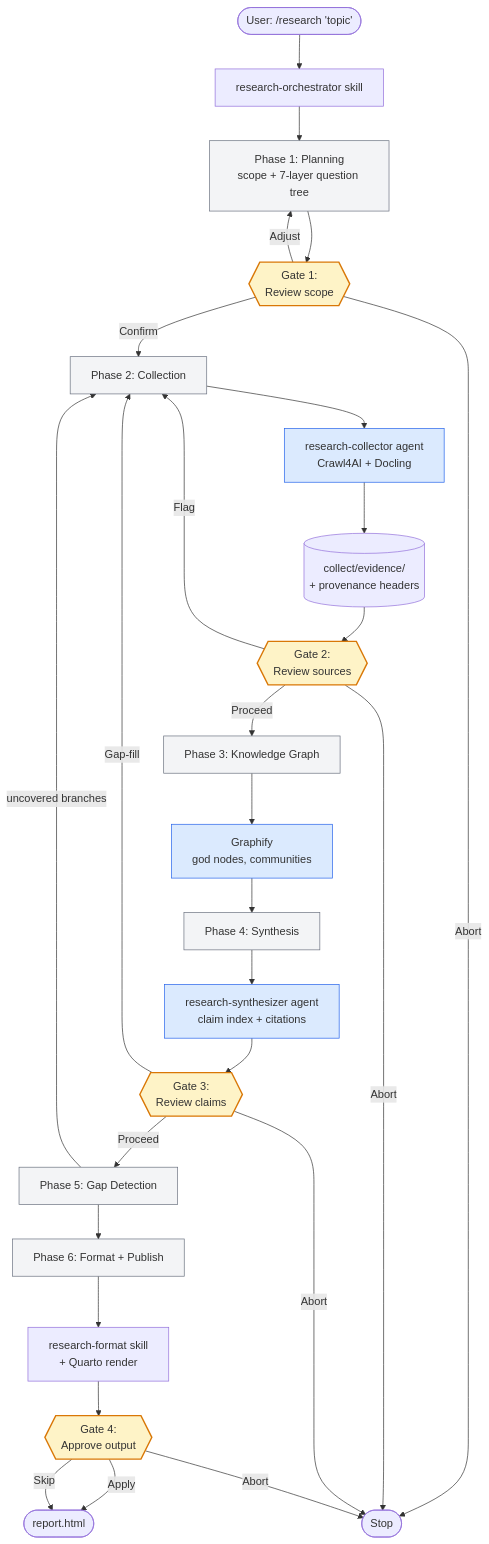
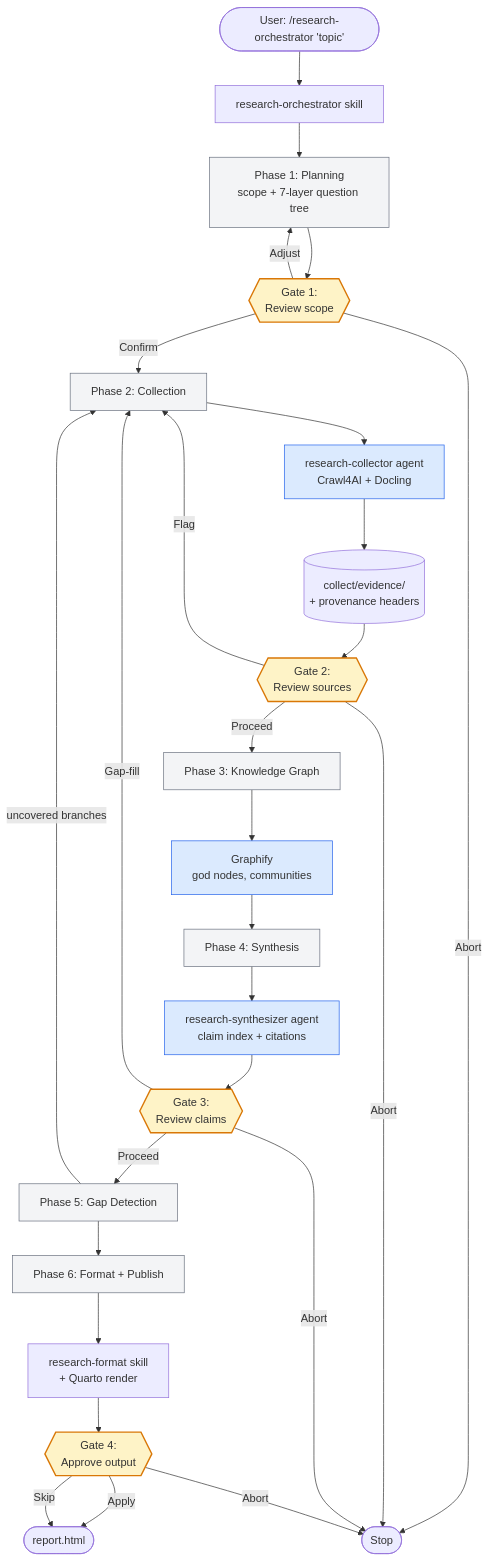
One commit to TorpedoD/claude-researcher changed the diagram in README.md. Above: the diagram before and after it, drawn with Mermaid. The commit also changed other lines of this file and 33 other files, not shown here.

````diff
--- a/README.md
+++ b/README.md
@@ -38,42 +101,42 @@
 ```mermaid
 flowchart TD
-    User([User: /research 'topic']) --> Orch[research-orchestrator skill]
+    User([User: /research-orchestrator 'topic']) --> Orch[research-orchestrator skill]
 
     Orch --> P1[Phase 1: Planning<br/>scope + 7-layer question tree]
     P1 --> G1{{Gate 1:<br/>Review scope}}
     G1 -->|Confirm| P2
     G1 -->|Adjust| P1
     G1 -->|Abort| Stop([Stop])
 
     P2[Phase 2: Collection] --> Collector[research-collector agent<br/>Crawl4AI + Docling]
     Collector --> Evidence[(collect/evidence/<br/>+ provenance headers)]
     Evidence --> G2{{Gate 2:<br/>Review sources}}
     G2 -->|Proceed| P3
     G2 -->|Flag| P2
     G2 -->|Abort| Stop
 
     P3[Phase 3: Knowledge Graph] --> Graphify[Graphify<br/>god nodes, communities]
     Graphify --> P4
 
     P4[Phase 4: Synthesis] --> Synth[research-synthesizer agent<br/>claim index + citations]
     Synth --> G3{{Gate 3:<br/>Review claims}}
     G3 -->|Proceed| P5
     G3 -->|Gap-fill| P2
     G3 -->|Abort| Stop
 
     P5[Phase 5: Gap Detection] -->|uncovered branches| P2
     P5 --> P6
 
     P6[Phase 6: Format + Publish] --> Format[research-format skill<br/>+ Quarto render]
     Format --> G4{{Gate 4:<br/>Approve output}}
     G4 -->|Apply| Done([report.html])
     G4 -->|Skip| Done
     G4 -->|Abort| Stop
 
     classDef gate fill:#fef3c7,stroke:#d97706,stroke-width:2px
     classDef agent fill:#dbeafe,stroke:#2563eb
     classDef phase fill:#f3f4f6,stroke:#6b7280
     class G1,G2,G3,G4 gate
     class Collector,Synth,Graphify agent
     class P1,P2,P3,P4,P5,P6 phase
 ```
````
